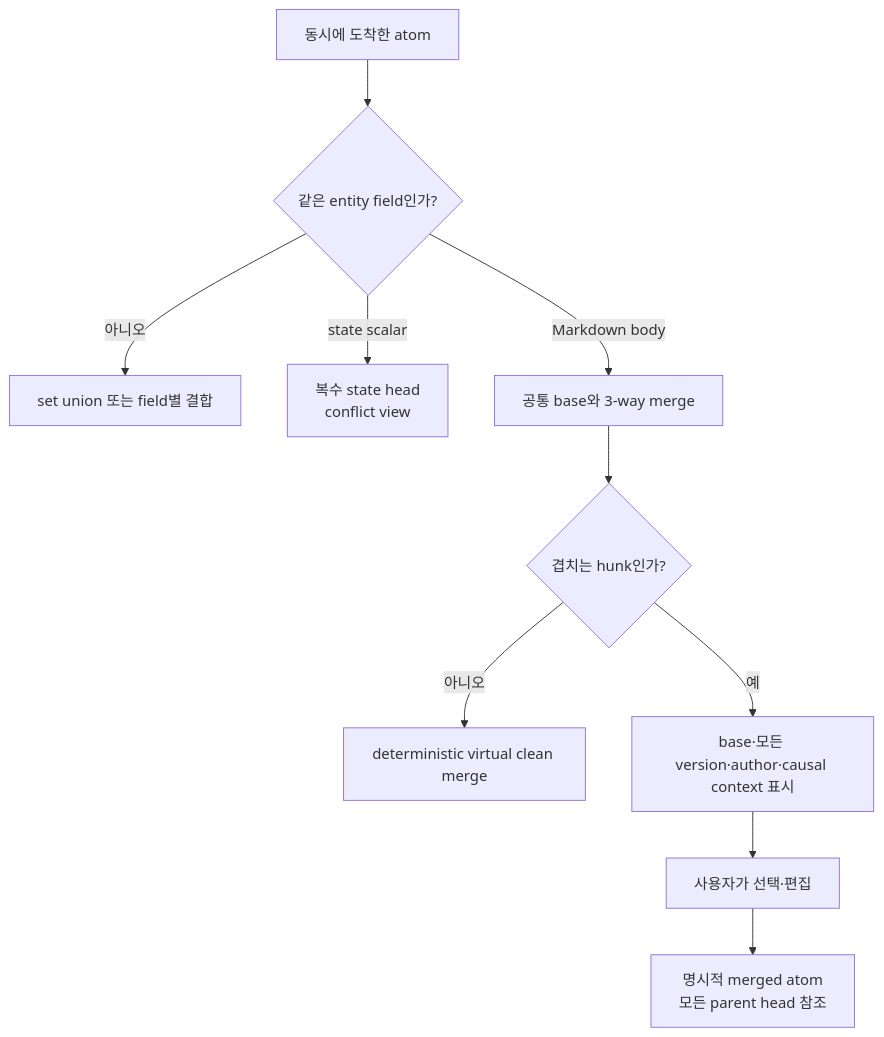
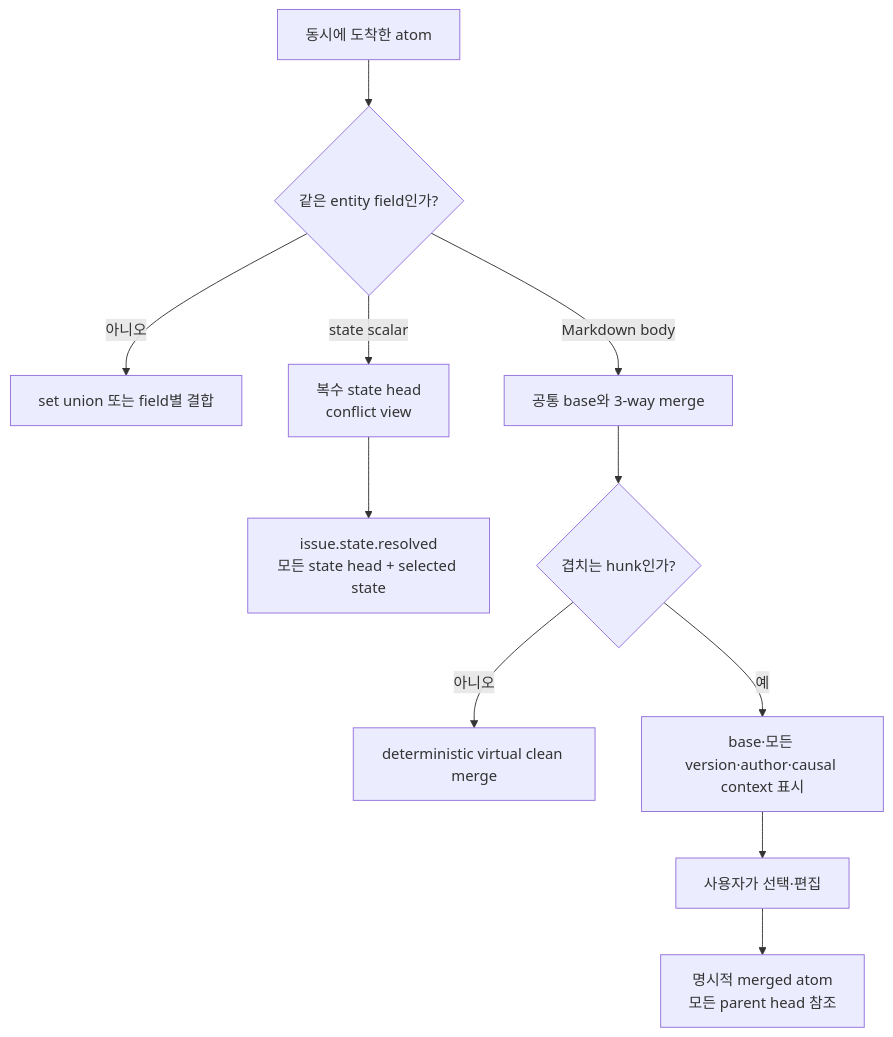
Before and after one commit to doortts/yonalist: the ninth of 10 diagrams in docs/yonalist-sync-design/design.md, drawn with Mermaid. The commit also changed other lines of this file and 3 other files, not shown here.

````diff
--- a/docs/yonalist-sync-design/design.md
+++ b/docs/yonalist-sync-design/design.md
@@ -264,12 +291,13 @@
 ```mermaid
 flowchart TD
   I["동시에 도착한 atom"] --> K{"같은 entity field인가?"}
   K -->|"아니오"| U["set union 또는 field별 결합"]
   K -->|"state scalar"| S["복수 state head\nconflict view"]
+  S --> SR["issue.state.resolved\n모든 state head + selected state"]
   K -->|"Markdown body"| B["공통 base와 3-way merge"]
   B --> C{"겹치는 hunk인가?"}
   C -->|"아니오"| V["deterministic virtual clean merge"]
   C -->|"예"| E["base·모든 version·author·causal context 표시"]
   E --> M["사용자가 선택·편집"]
   M --> A["명시적 merged atom\n모든 parent head 참조"]
 ```
````
